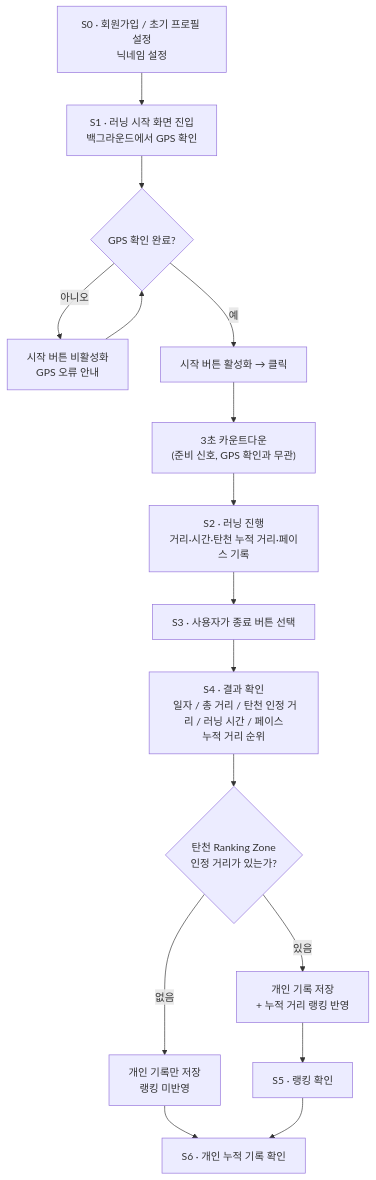
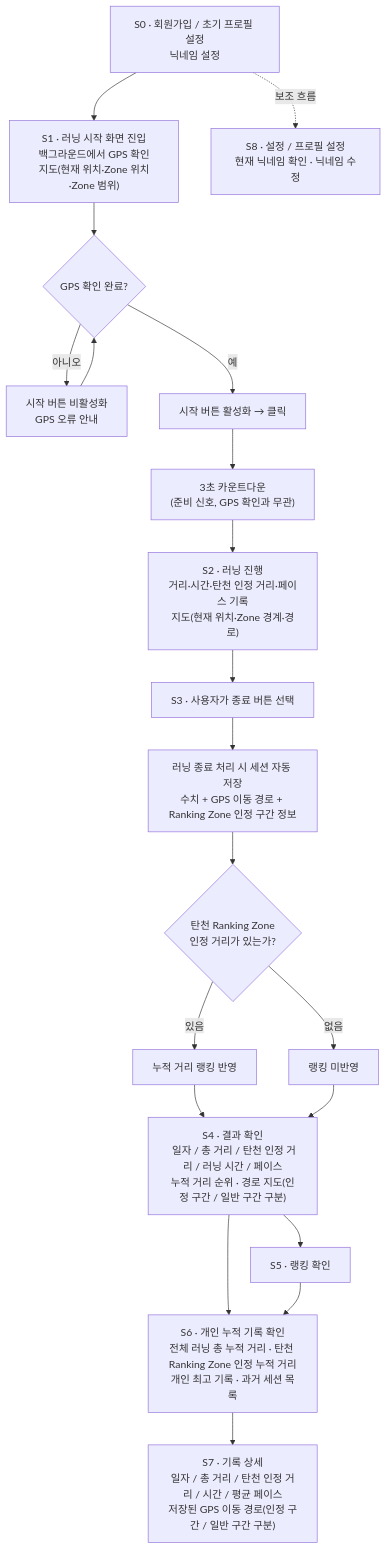
One commit to NextComm1T/project_planning_2 changed the diagram in docs/02-workflow.md. Above: the diagram before and after it, drawn with Mermaid. The commit also changed other lines of this file and 37 other files, not shown here.

````diff
--- a/docs/02-workflow.md
+++ b/docs/02-workflow.md
@@ -38,28 +37,35 @@
 ```mermaid
 flowchart TD
     S0["S0 · 회원가입 / 초기 프로필 설정<br/>닉네임 설정"]
-    --> S1["S1 · 러닝 시작 화면 진입<br/>백그라운드에서 GPS 확인"]
+    --> S1["S1 · 러닝 시작 화면 진입<br/>백그라운드에서 GPS 확인<br/>지도(현재 위치·Zone 위치·Zone 범위)"]
+
+    S0 -. 보조 흐름 .-> S8["S8 · 설정 / 프로필 설정<br/>현재 닉네임 확인 · 닉네임 수정"]
 
     S1 --> G{"GPS 확인 완료?"}
 
     G -->|아니오| E["시작 버튼 비활성화<br/>GPS 오류 안내"]
     E --> G
 
     G -->|예| B["시작 버튼 활성화 → 클릭"]
     B --> C["3초 카운트다운<br/>(준비 신호, GPS 확인과 무관)"]
-    C --> S2["S2 · 러닝 진행<br/>거리·시간·탄천 누적 거리·페이스 기록"]
+    C --> S2["S2 · 러닝 진행<br/>거리·시간·탄천 인정 거리·페이스 기록<br/>지도(현재 위치·Zone 경계·경로)"]
 
     S2 --> S3["S3 · 사용자가 종료 버튼 선택"]
 
-    S3 --> S4["S4 · 결과 확인<br/> 일자 / 총 거리 / 탄천 인정 거리 / 러닝 시간 / 페이스<br/>누적 거리 순위"]
+    S3 --> SAVE["러닝 종료 처리 시 세션 자동 저장<br/>수치 + GPS 이동 경로 + Ranking Zone 인정 구간 정보"]
 
-    S4 --> R{"탄천 Ranking Zone<br/>인정 거리가 있는가?"}
+    SAVE --> ZONE_CHK{"탄천 Ranking Zone<br/>인정 거리가 있는가?"}
 
-    R -->|있음| R1["개인 기록 저장<br/>+ 누적 거리 랭킹 반영"]
-    R -->|없음| R2["개인 기록만 저장<br/>랭킹 미반영"]
+    ZONE_CHK -->|있음| RANK_IN["누적 거리 랭킹 반영"]
+    ZONE_CHK -->|없음| RANK_OUT["랭킹 미반영"]
 
-    R1 --> S5["S5 · 랭킹 확인"]
-    R2 --> S6["S6 · 개인 누적 기록 확인"]
+    RANK_IN --> S4["S4 · 결과 확인<br/> 일자 / 총 거리 / 탄천 인정 거리 / 러닝 시간 / 페이스<br/>누적 거리 순위 · 경로 지도(인정 구간 / 일반 구간 구분)"]
+    RANK_OUT --> S4
+
+    S4 --> S5["S5 · 랭킹 확인"]
+    S4 --> S6["S6 · 개인 누적 기록 확인<br/>전체 러닝 총 누적 거리 · 탄천 Ranking Zone 인정 누적 거리<br/>개인 최고 기록 · 과거 세션 목록"]
 
     S5 --> S6
+
+    S6 --> S7["S7 · 기록 상세<br/>일자 / 총 거리 / 탄천 인정 거리 / 시간 / 평균 페이스<br/>저장된 GPS 이동 경로(인정 구간 / 일반 구간 구분)"]
 ```
````
